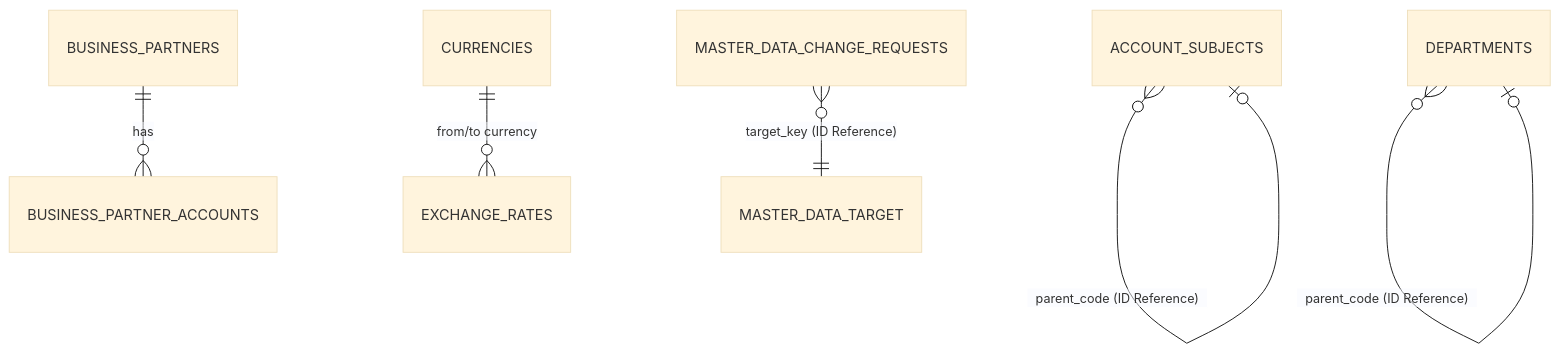
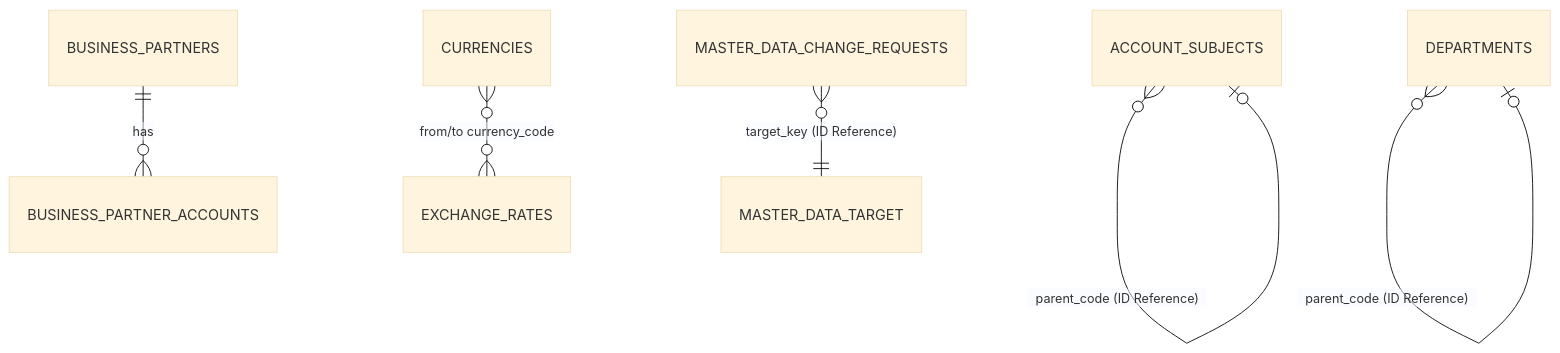
The diagram in master-data/docs/schema.md (skyg547/account), drawn with Mermaid (base theme) before and after one commit. The commit also changed other lines of this file and 15 other files, not shown here.

````diff
--- a/master-data/docs/schema.md
+++ b/master-data/docs/schema.md
@@ -7,8 +7,8 @@
 ```mermaid
 erDiagram
     ACCOUNT_SUBJECTS }o--o| ACCOUNT_SUBJECTS : "parent_code (ID Reference)"
     DEPARTMENTS }o--o| DEPARTMENTS : "parent_code (ID Reference)"
     BUSINESS_PARTNERS ||--o{ BUSINESS_PARTNER_ACCOUNTS : "has"
-    CURRENCIES ||--o{ EXCHANGE_RATES : "from/to currency"
+    CURRENCIES }o--o{ EXCHANGE_RATES : "from/to currency_code"
     MASTER_DATA_CHANGE_REQUESTS }o--|| MASTER_DATA_TARGET : "target_key (ID Reference)"
 ```
````
